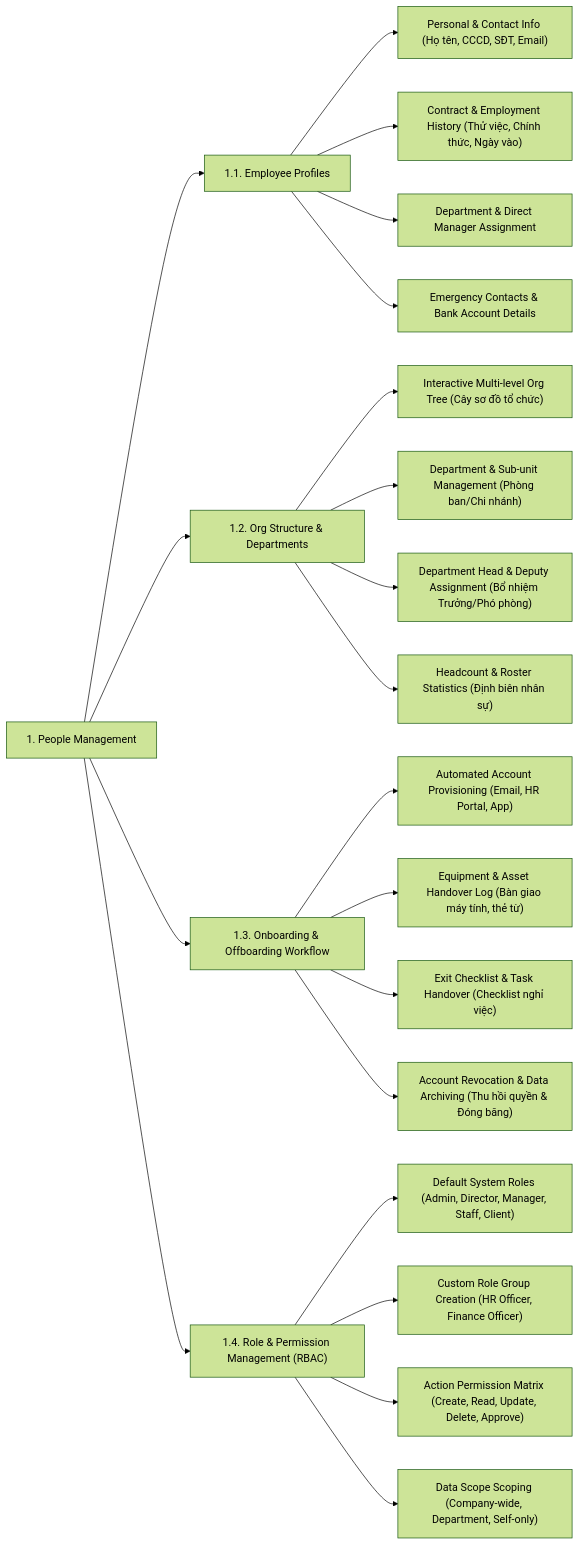
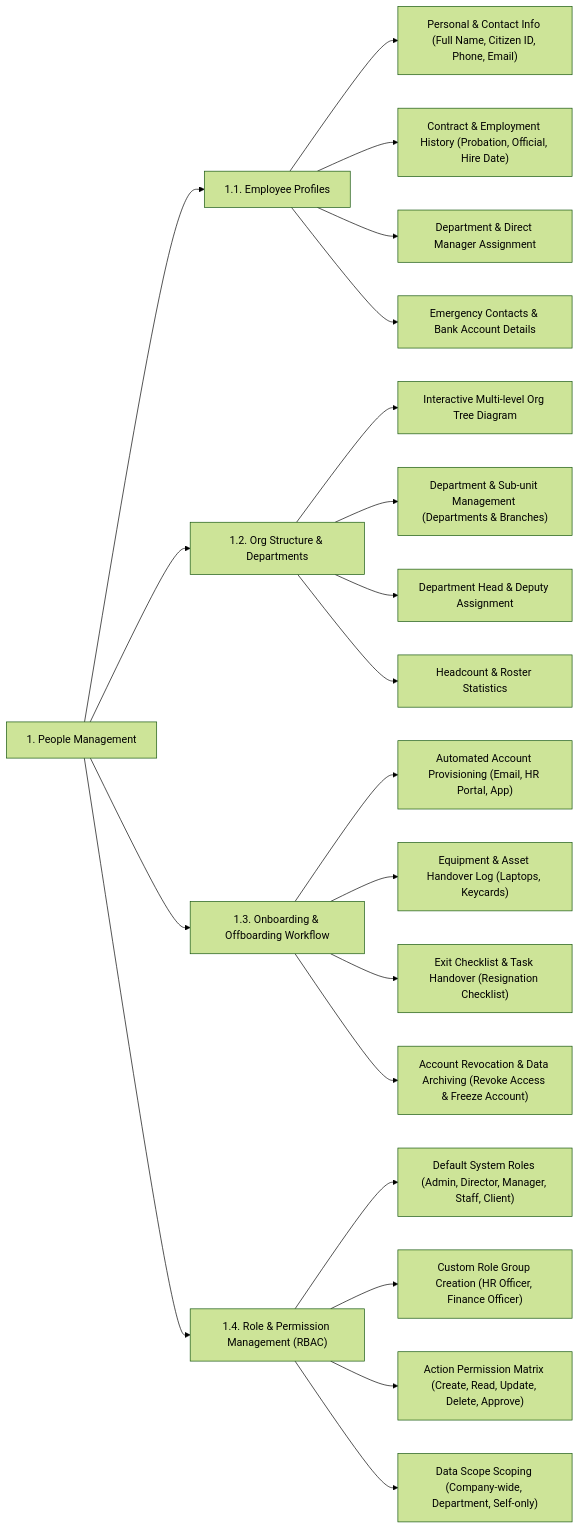
Before and after one commit to Dikhang1112/Monitoring_HR: the second of 6 diagrams in README.md, drawn with Mermaid (forest theme). The commit also changed other lines of this file and 53 other files, not shown here.

Commit message:
Refactor usecase diagram of People manager

````diff
--- a/README.md
+++ b/README.md
@@ -167,32 +167,32 @@
 ```mermaid
 flowchart LR
     ROOT["1. People Management"]
 
     %% Branch 1: Employee Profiles
     ROOT --> PROFILES["1.1. Employee Profiles"]
-    PROFILES --> P1["Personal & Contact Info (Họ tên, CCCD, SĐT, Email)"]
-    PROFILES --> P2["Contract & Employment History (Thử việc, Chính thức, Ngày vào)"]
+    PROFILES --> P1["Personal & Contact Info (Full Name, Citizen ID, Phone, Email)"]
+    PROFILES --> P2["Contract & Employment History (Probation, Official, Hire Date)"]
     PROFILES --> P3["Department & Direct Manager Assignment"]
     PROFILES --> P4["Emergency Contacts & Bank Account Details"]
 
     %% Branch 2: Org Structure
     ROOT --> ORG["1.2. Org Structure & Departments"]
-    ORG --> O1["Interactive Multi-level Org Tree (Cây sơ đồ tổ chức)"]
-    ORG --> O2["Department & Sub-unit Management (Phòng ban/Chi nhánh)"]
-    ORG --> O3["Department Head & Deputy Assignment (Bổ nhiệm Trưởng/Phó phòng)"]
-    ORG --> O4["Headcount & Roster Statistics (Định biên nhân sự)"]
+    ORG --> O1["Interactive Multi-level Org Tree Diagram"]
+    ORG --> O2["Department & Sub-unit Management (Departments & Branches)"]
+    ORG --> O3["Department Head & Deputy Assignment"]
+    ORG --> O4["Headcount & Roster Statistics"]
 
     %% Branch 3: Onboarding & Offboarding
     ROOT --> ONBOARD["1.3. Onboarding & Offboarding Workflow"]
     ONBOARD --> N1["Automated Account Provisioning (Email, HR Portal, App)"]
-    ONBOARD --> N2["Equipment & Asset Handover Log (Bàn giao máy tính, thẻ từ)"]
-    ONBOARD --> N3["Exit Checklist & Task Handover (Checklist nghỉ việc)"]
-    ONBOARD --> N4["Account Revocation & Data Archiving (Thu hồi quyền & Đóng băng)"]
+    ONBOARD --> N2["Equipment & Asset Handover Log (Laptops, Keycards)"]
+    ONBOARD --> N3["Exit Checklist & Task Handover (Resignation Checklist)"]
+    ONBOARD --> N4["Account Revocation & Data Archiving (Revoke Access & Freeze Account)"]
 
     %% Branch 4: Roles & Permissions
     ROOT --> RBAC["1.4. Role & Permission Management (RBAC)"]
     RBAC --> R1["Default System Roles (Admin, Director, Manager, Staff, Client)"]
     RBAC --> R2["Custom Role Group Creation (HR Officer, Finance Officer)"]
     RBAC --> R3["Action Permission Matrix (Create, Read, Update, Delete, Approve)"]
     RBAC --> R4["Data Scope Scoping (Company-wide, Department, Self-only)"]
 ```
````
